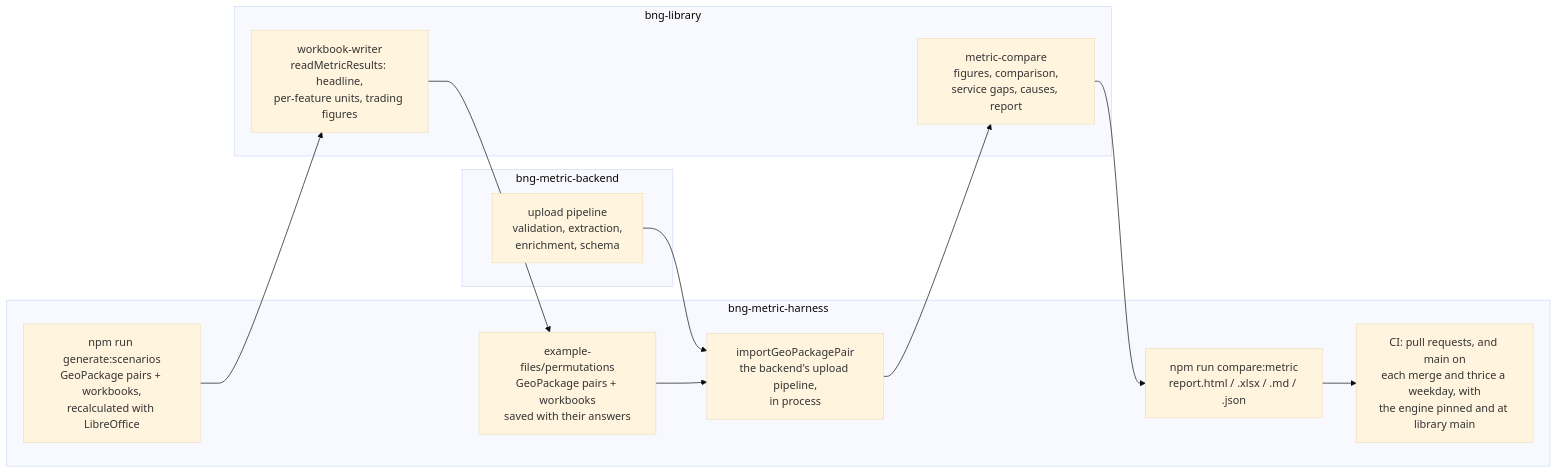
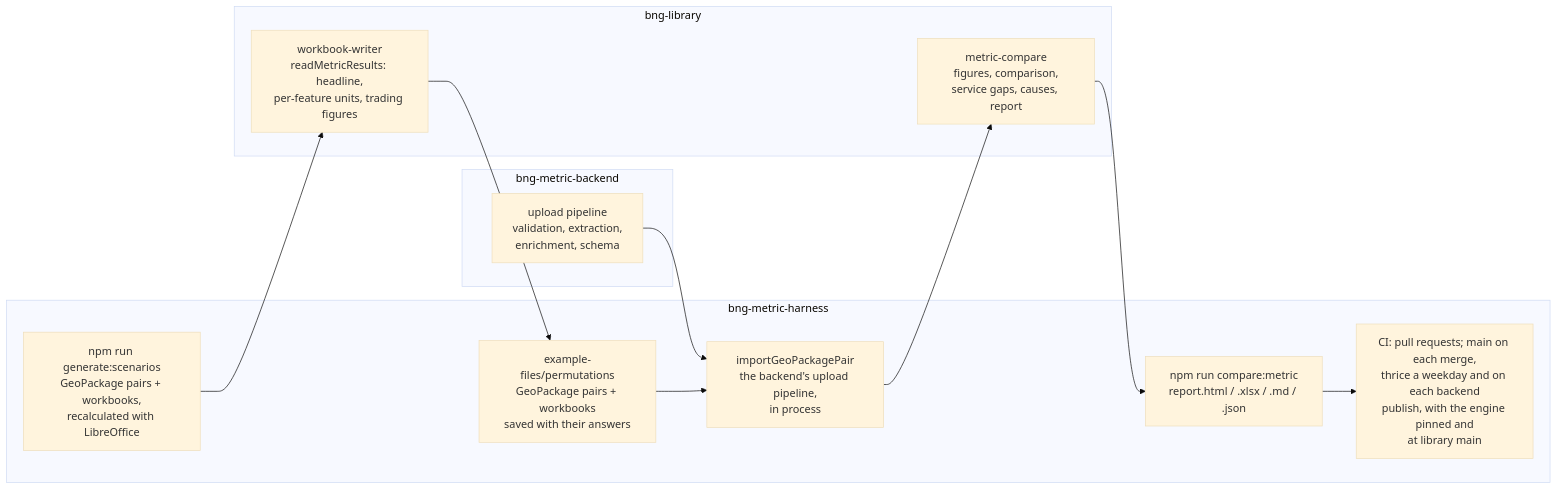
The diagram in docs/compare-metric.md (DEFRA/bng-metric-harness), drawn with Mermaid (base theme) before and after one commit. The commit also changed other lines of this file and 2 other files, not shown here.

First line of the commit message:
BMD-1036 Let the backend call the metric comparison on each publish

````diff
--- a/docs/compare-metric.md
+++ b/docs/compare-metric.md
@@ -76,22 +76,22 @@
 ```mermaid
 flowchart LR
   subgraph harness[bng-metric-harness]
     gen["npm run generate:scenarios<br>GeoPackage pairs + workbooks,<br>recalculated with LibreOffice"]
     corpus["example-files/permutations<br>GeoPackage pairs + workbooks<br>saved with their answers"]
     import["importGeoPackagePair<br>the backend's upload pipeline,<br>in process"]
     cli["npm run compare:metric<br>report.html / .xlsx / .md / .json"]
-    ci["CI: pull requests, and main on<br>each merge and thrice a weekday, with<br>the engine pinned and at library main"]
+    ci["CI: pull requests; main on each merge,<br>thrice a weekday and on each backend<br>publish, with the engine pinned and<br>at library main"]
   end
   subgraph library[bng-library]
     reader["workbook-writer<br>readMetricResults: headline,<br>per-feature units, trading figures"]
     compare["metric-compare<br>figures, comparison,<br>service gaps, causes, report"]
   end
   subgraph backend[bng-metric-backend]
     pipeline["upload pipeline<br>validation, extraction,<br>enrichment, schema"]
   end
   gen --> reader
   reader --> corpus
   pipeline --> import
   corpus --> import --> compare
   compare --> cli --> ci
 ```
````
